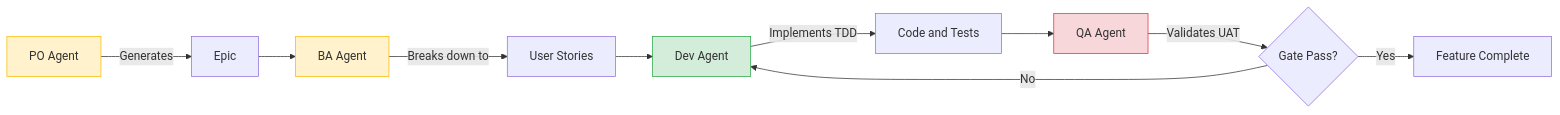
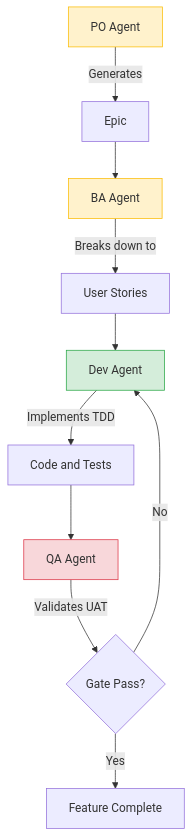
Before and after one commit to andrewaddo/modjava: the diagram in blogs/chapter5.md, drawn with Mermaid.

Commit message:
docs: change mermaid flowchart direction to top-down in chapter 5

````diff
--- a/blogs/chapter5.md
+++ b/blogs/chapter5.md
@@ -33,17 +33,17 @@
 ```mermaid
-flowchart LR
+flowchart TD
     A["PO Agent"] -->|Generates| B["Epic"]
     B --> C["BA Agent"]
     C -->|Breaks down to| D["User Stories"]
     D --> E["Dev Agent"]
     E -->|Implements TDD| F["Code and Tests"]
     F --> G["QA Agent"]
     G -->|Validates UAT| H{"Gate Pass?"}
     H -->|Yes| I["Feature Complete"]
     H -->|No| E
     
     style A fill:#fff2cc,stroke:#fbbc04
     style C fill:#fff2cc,stroke:#fbbc04
     style E fill:#d4edda,stroke:#28a745
     style G fill:#f8d7da,stroke:#dc3545
 ```
````
